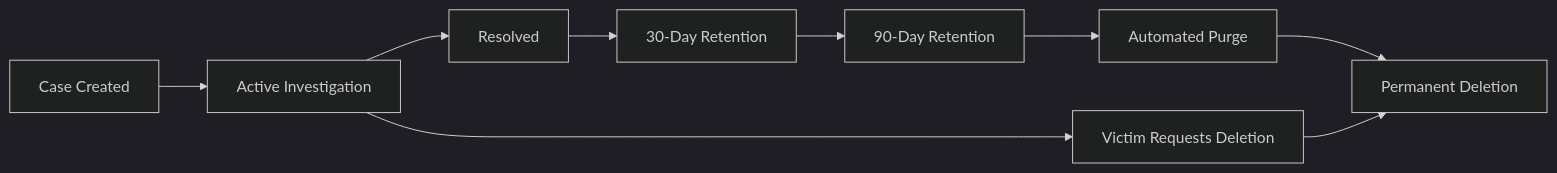
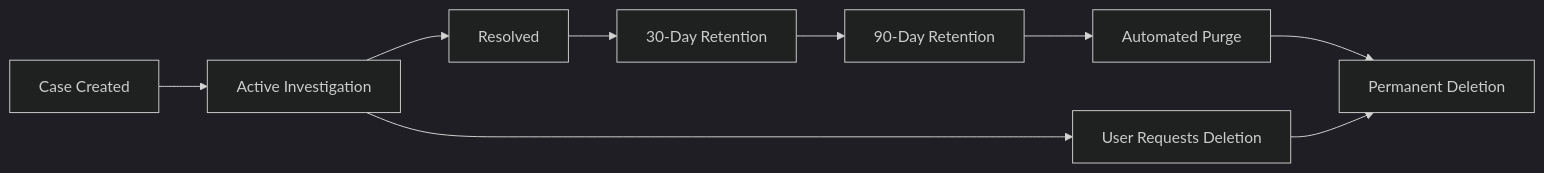
One commit to jsoung/i4g changed the first of 2 diagrams in docs/prd_production.md. Above: the diagram before and after it, drawn with Mermaid (dark theme). The commit also changed other lines of this file and 16 other files, not shown here.

````diff
--- a/docs/prd_production.md
+++ b/docs/prd_production.md
@@ -475,12 +475,12 @@
 ```mermaid
 graph LR
     A[Case Created] --> B[Active Investigation]
     B --> C[Resolved]
     C --> D[30-Day Retention]
     D --> E[90-Day Retention]
     E --> F[Automated Purge]
     F --> G[Permanent Deletion]
 
-    B --> H[Victim Requests Deletion]
+    B --> H[User Requests Deletion]
     H --> G
 ```
````
